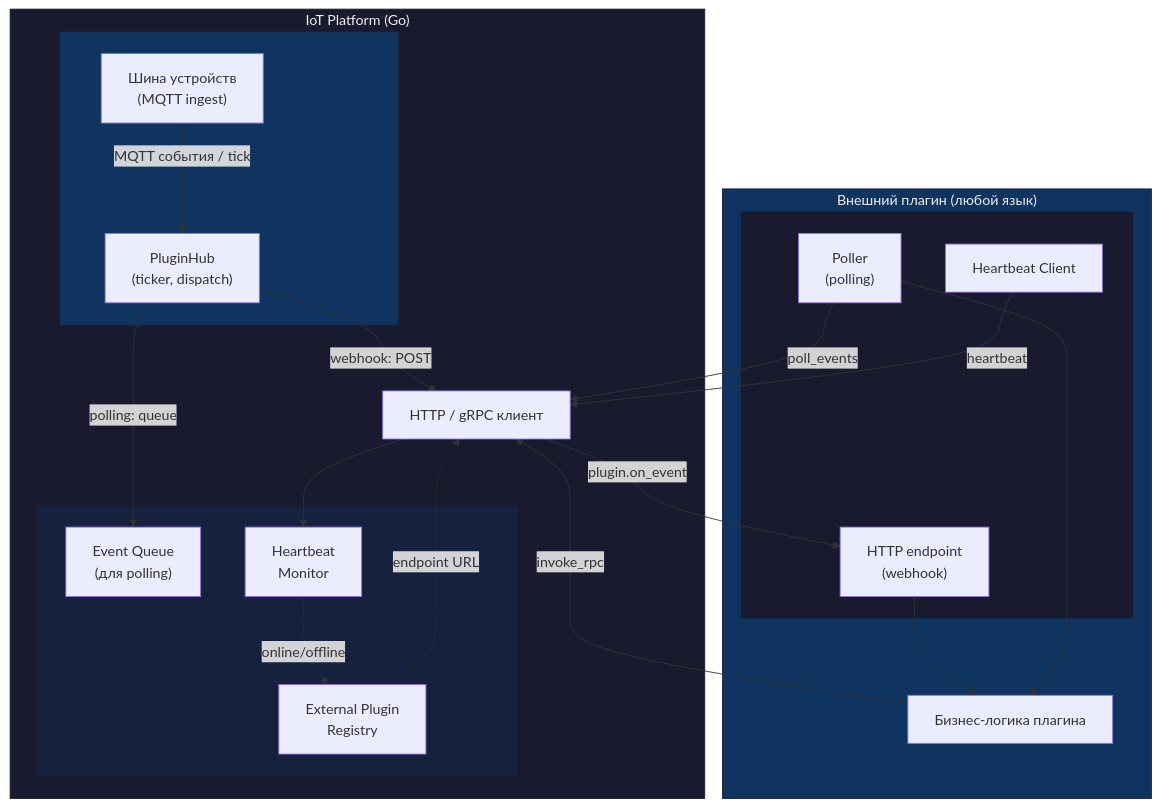
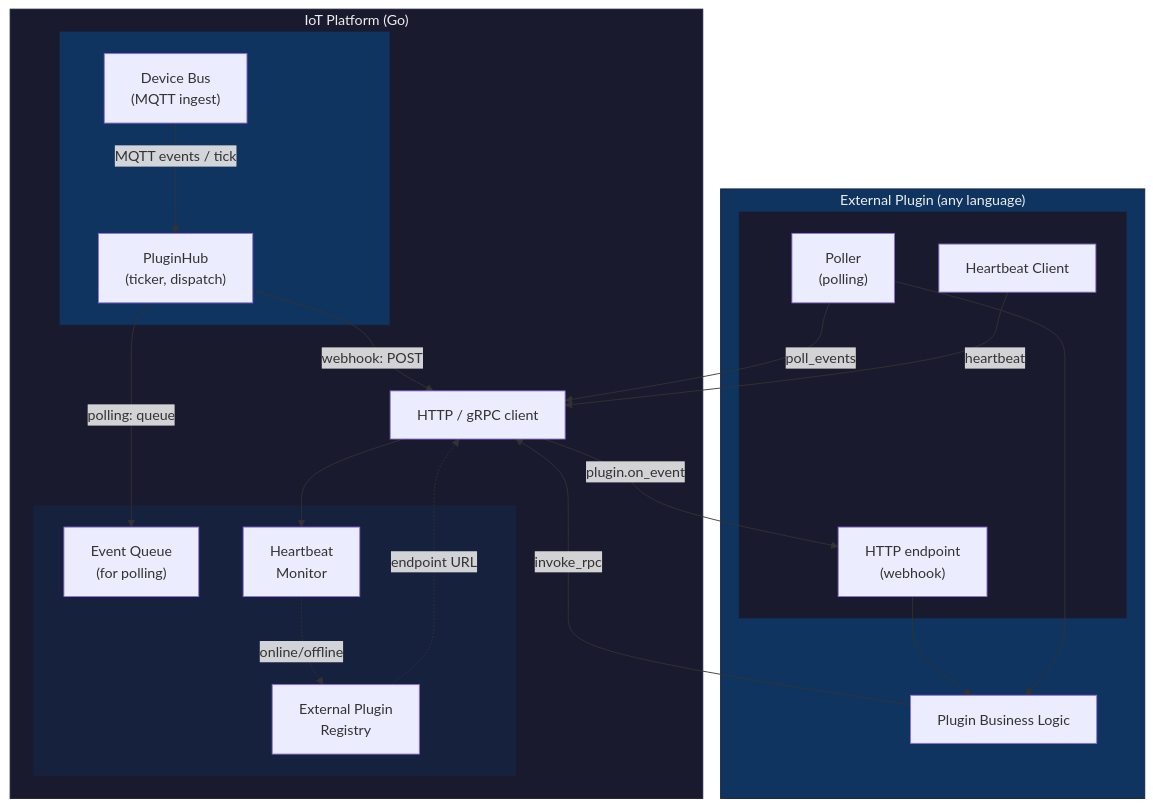
The second of 9 diagrams in docs/en/14-diagrams.md (darvik80/iot-platform-go), drawn with Mermaid before and after one commit. The commit also changed other lines of this file and 27 other files, not shown here.

````diff
--- a/docs/en/14-diagrams.md
+++ b/docs/en/14-diagrams.md
@@ -88,59 +94,59 @@
 ```mermaid
 graph TB
     subgraph Platform["IoT Platform (Go)"]
         subgraph Ingest[" "]
-            Bus["Шина устройств<br/>(MQTT ingest)"]
+            Bus["Device Bus<br/>(MQTT ingest)"]
             Hub["PluginHub<br/>(ticker, dispatch)"]
         end
 
         subgraph Support[" "]
             Reg["External Plugin<br/>Registry"]
-            Queue["Event Queue<br/>(для polling)"]
+            Queue["Event Queue<br/>(for polling)"]
             HB["Heartbeat<br/>Monitor"]
         end
 
-        HTTP["HTTP / gRPC клиент"]
+        HTTP["HTTP / gRPC client"]
     end
 
-    subgraph Plugin["Внешний плагин (любой язык)"]
+    subgraph Plugin["External Plugin (any language)"]
         subgraph Receivers[" "]
             EP["HTTP endpoint<br/>(webhook)"]
             Poll["Poller<br/>(polling)"]
             HBClient["Heartbeat Client"]
         end
 
-        Logic["Бизнес-логика плагина"]
+        Logic["Plugin Business Logic"]
     end
 
     %% Ingest pipeline
-    Bus -->|"MQTT события / tick"| Hub
+    Bus -->|"MQTT events / tick"| Hub
 
     %% Platform → Plugin (webhook)
     Hub -->|"webhook: POST"| HTTP
     HTTP -->|"plugin.on_event"| EP
 
     %% Polling
     Hub -->|"polling: queue"| Queue
     Poll -->|"poll_events"| HTTP
 
     %% Plugin internal
     EP --> Logic
     Poll --> Logic
 
     %% Plugin → Platform (RPC)
     Logic -->|"invoke_rpc"| HTTP
 
     %% Registry
     Reg -.->|"endpoint URL"| HTTP
 
     %% Heartbeat
     HBClient -->|"heartbeat"| HTTP
     HTTP --> HB
     HB -.->|"online/offline"| Reg
 
     style Platform fill:#1a1a2e,stroke:#16213e,color:#eee
     style Ingest fill:#0f3460,stroke:#16213e,color:#eee
     style Support fill:#16213e,stroke:#1a1a2e,color:#eee
     style Plugin fill:#0f3460,stroke:#16213e,color:#eee
     style Receivers fill:#1a1a2e,stroke:#0f3460,color:#eee
 ```
````
